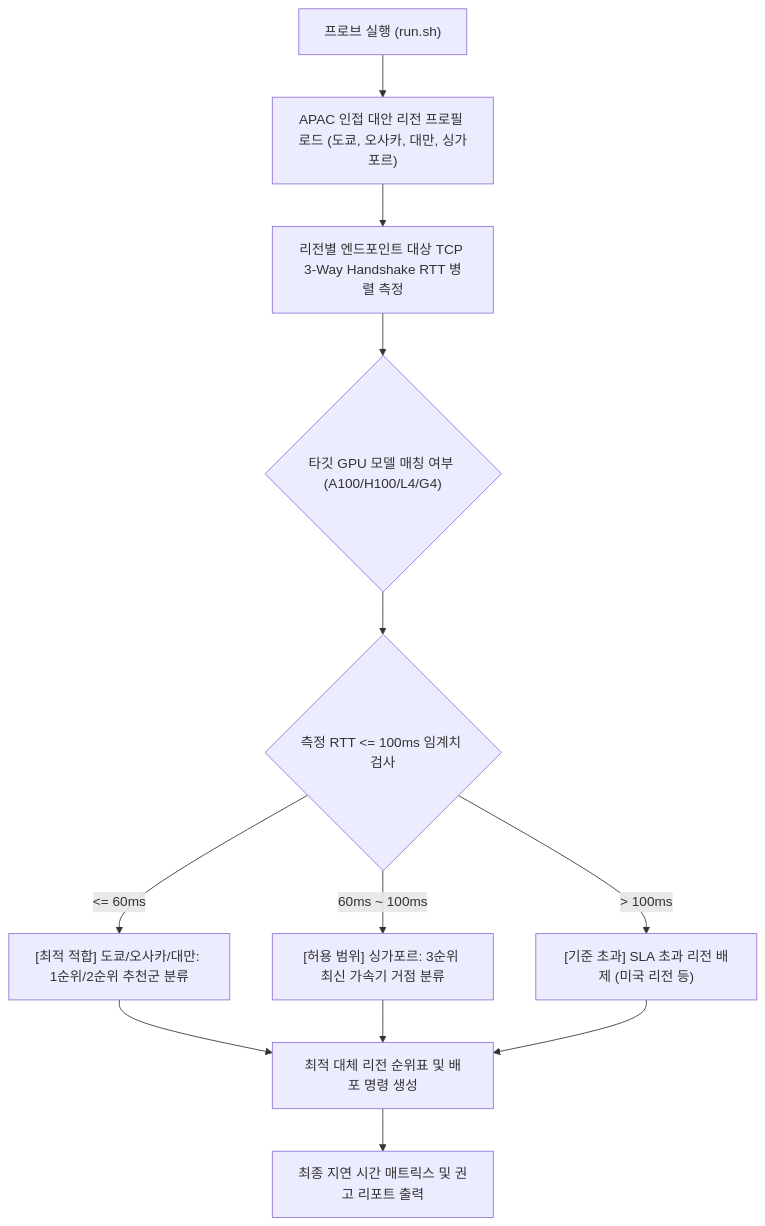
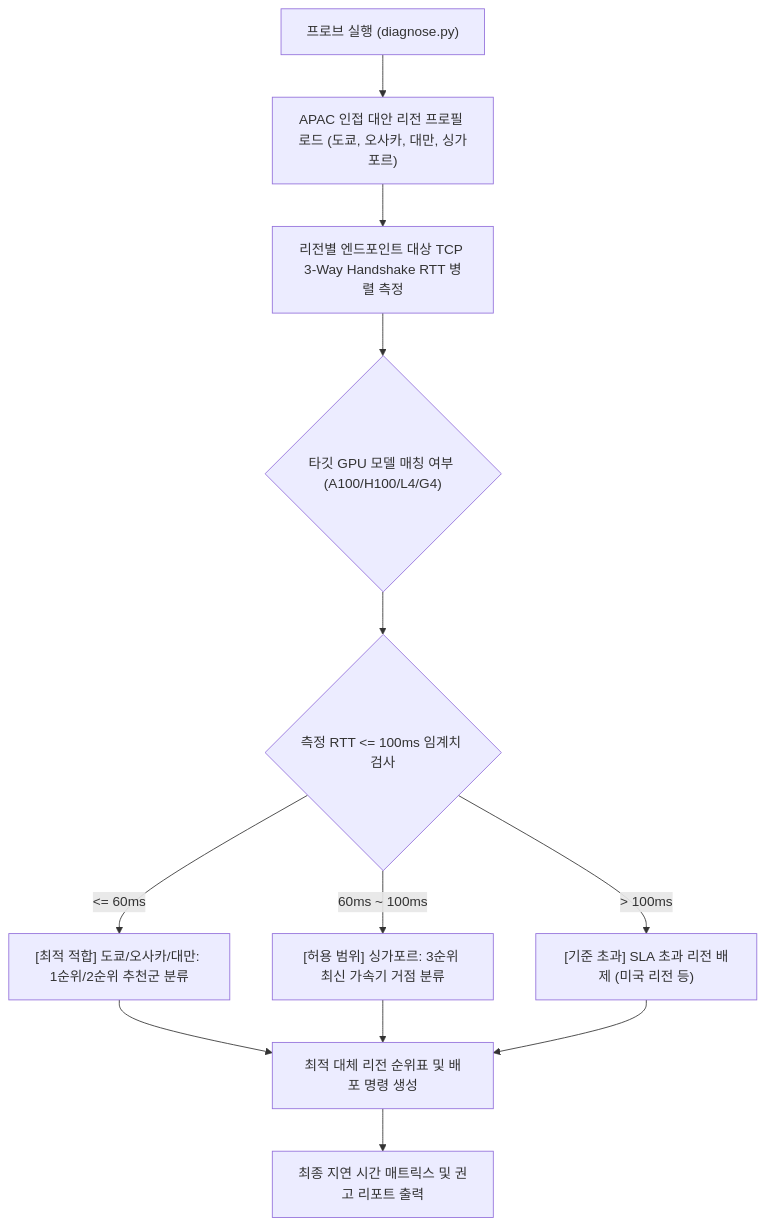
The diagram in samples/gce-region-latency-probe/README.md (jiangjun-forge/google-cloud-0-to-1), drawn with Mermaid before and after one commit. The commit also changed other lines of this file and 180 other files, not shown here.

````diff
--- a/samples/gce-region-latency-probe/README.md
+++ b/samples/gce-region-latency-probe/README.md
@@ -37,17 +37,17 @@
 ```mermaid
 flowchart TD
-    Start["프로브 실행 (run.sh)"] --> LoadProfiles["APAC 인접 대안 리전 프로필 로드 (도쿄, 오사카, 대만, 싱가포르)"]
+    Start["프로브 실행 (diagnose.py)"] --> LoadProfiles["APAC 인접 대안 리전 프로필 로드 (도쿄, 오사카, 대만, 싱가포르)"]
     LoadProfiles --> ParallelProbe["리전별 엔드포인트 대상 TCP 3-Way Handshake RTT 병렬 측정"]
     
     ParallelProbe --> FilterTargetGPU{"타깃 GPU 모델 매칭 여부 (A100/H100/L4/G4)"}
     FilterTargetGPU --> CheckThreshold{"측정 RTT <= 100ms 임계치 검사"}
     
     CheckThreshold -->|"<= 60ms"| RankOptimal["[최적 적합] 도쿄/오사카/대만: 1순위/2순위 추천군 분류"]
     CheckThreshold -->|"60ms ~ 100ms"| RankAcceptable["[허용 범위] 싱가포르: 3순위 최신 가속기 거점 분류"]
     CheckThreshold -->|"> 100ms"| ExcludeUnsuitable["[기준 초과] SLA 초과 리전 배제 (미국 리전 등)"]
     
     RankOptimal --> GenerateRecommendation["최적 대체 리전 순위표 및 배포 명령 생성"]
     RankAcceptable --> GenerateRecommendation
     ExcludeUnsuitable --> GenerateRecommendation
     GenerateRecommendation --> ReportSummary["최종 지연 시간 매트릭스 및 권고 리포트 출력"]
 ```
````
